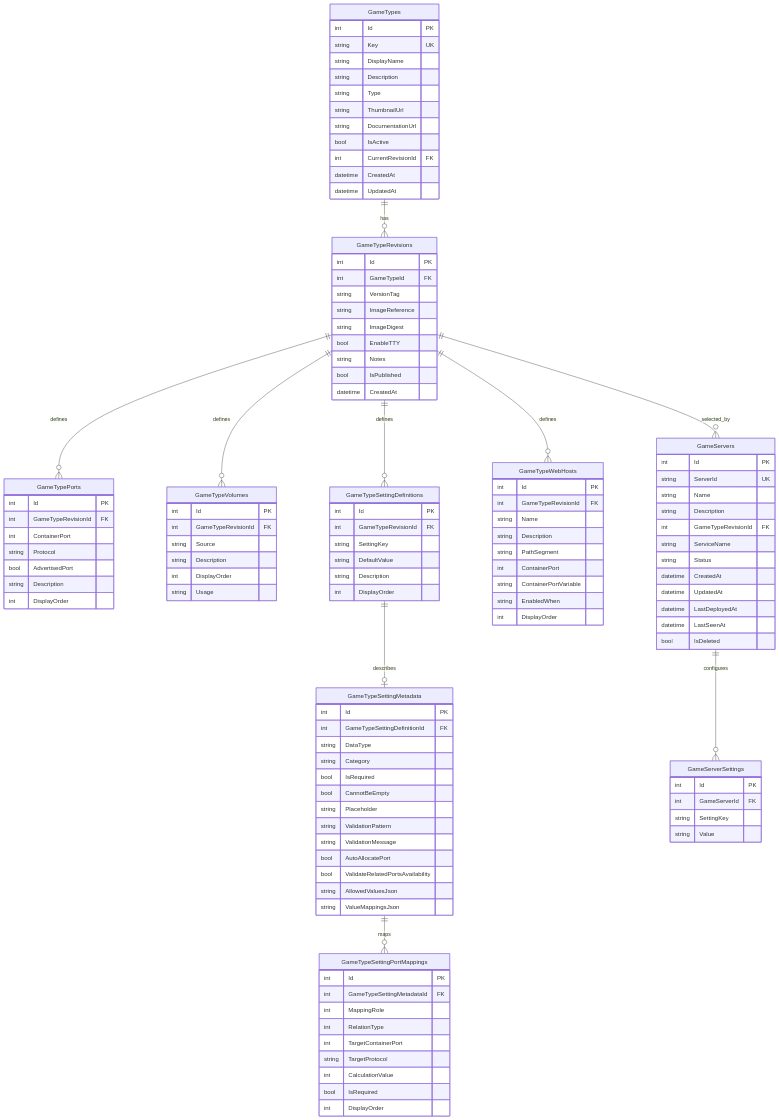
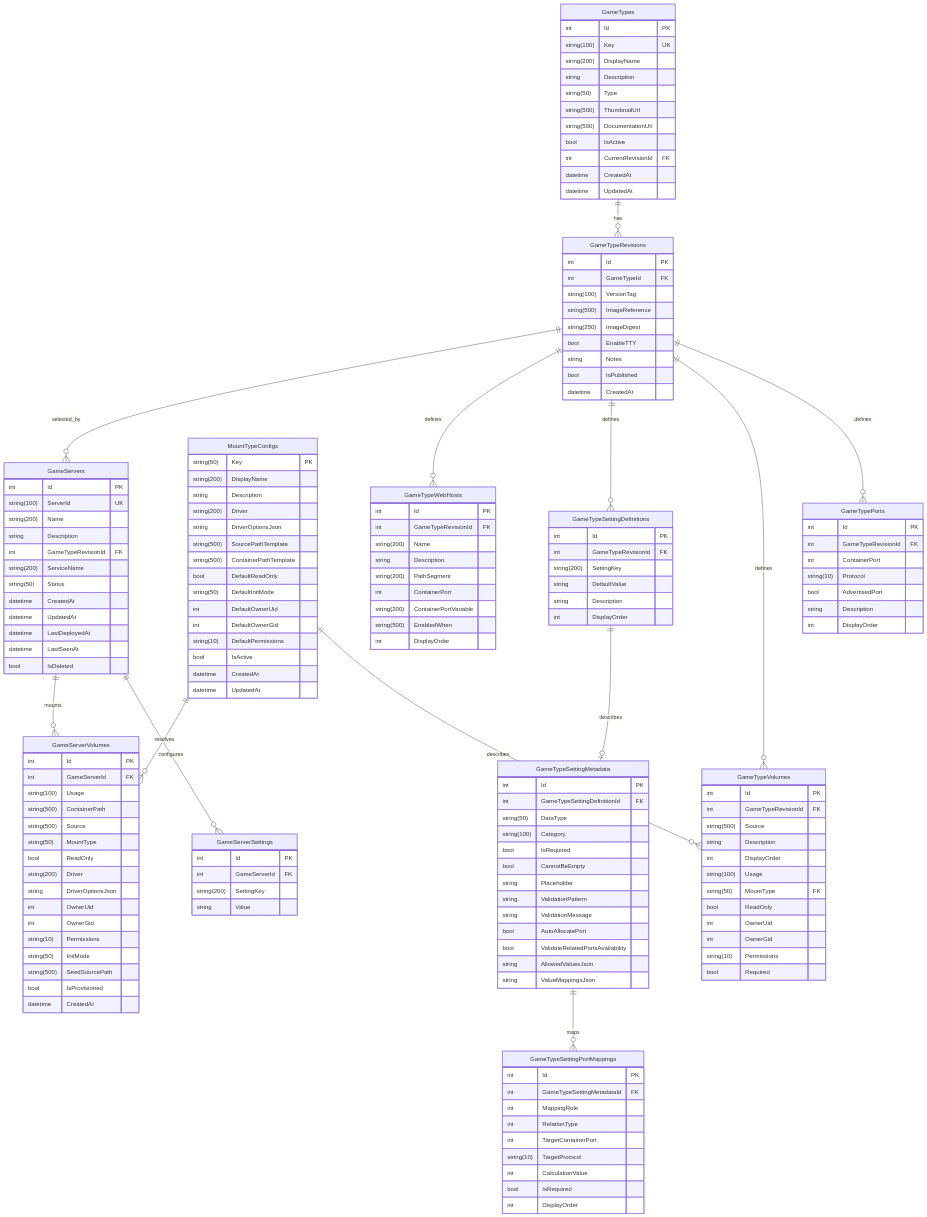
One commit to mbulava-org/GameServer.GUI changed the first of 2 diagrams in docs/reference/V2-Database-Diagram.md. Above: the diagram before and after it, drawn with Mermaid. The commit also changed other lines of this file and 103 other files, not shown here.

````diff
--- a/docs/reference/V2-Database-Diagram.md
+++ b/docs/reference/V2-Database-Diagram.md
@@ -8,12 +8,12 @@
 erDiagram
     GameTypes {
         int Id PK
-        string Key UK
-        string DisplayName
+        string(100) Key UK
+        string(200) DisplayName
         string Description
-        string Type
-        string ThumbnailUrl
-        string DocumentationUrl
+        string(50) Type
+        string(500) ThumbnailUrl
+        string(500) DocumentationUrl
         bool IsActive
         int CurrentRevisionId FK
         datetime CreatedAt
@@ -23,9 +23,9 @@
     GameTypeRevisions {
         int Id PK
         int GameTypeId FK
-        string VersionTag
-        string ImageReference
-        string ImageDigest
+        string(100) VersionTag
+        string(500) ImageReference
+        string(250) ImageDigest
         bool EnableTTY
         string Notes
         bool IsPublished
@@ -36,25 +36,49 @@
         int Id PK
         int GameTypeRevisionId FK
         int ContainerPort
-        string Protocol
+        string(10) Protocol
         bool AdvertisedPort
         string Description
         int DisplayOrder
     }
 
+    MountTypeConfigs {
+        string(50) Key PK
+        string(200) DisplayName
+        string Description
+        string(200) Driver
+        string DriverOptionsJson
+        string(500) SourcePathTemplate
+        string(500) ContainerPathTemplate
+        bool DefaultReadOnly
+        string(50) DefaultInitMode
+        int DefaultOwnerUid
+        int DefaultOwnerGid
+        string(10) DefaultPermissions
+        bool IsActive
+        datetime CreatedAt
+        datetime UpdatedAt
+    }
+
     GameTypeVolumes {
         int Id PK
         int GameTypeRevisionId FK
-        string Source
+        string(500) Source
         string Description
         int DisplayOrder
-        string Usage
+        string(100) Usage
+        string(50) MountType FK
+        bool ReadOnly
+        int OwnerUid
+        int OwnerGid
+        string(10) Permissions
+        bool Required
     }
 
     GameTypeSettingDefinitions {
         int Id PK
         int GameTypeRevisionId FK
-        string SettingKey
+        string(200) SettingKey
         string DefaultValue
         string Description
         int DisplayOrder
@@ -63,8 +87,8 @@
     GameTypeSettingMetadata {
         int Id PK
         int GameTypeSettingDefinitionId FK
-        string DataType
-        string Category
+        string(50) DataType
+        string(100) Category
         bool IsRequired
         bool CannotBeEmpty
         string Placeholder
@@ -82,7 +106,7 @@
         int MappingRole
         int RelationType
         int TargetContainerPort
-        string TargetProtocol
+        string(10) TargetProtocol
         int CalculationValue
         bool IsRequired
         int DisplayOrder
@@ -91,23 +115,23 @@
     GameTypeWebHosts {
         int Id PK
         int GameTypeRevisionId FK
-        string Name
+        string(200) Name
         string Description
-        string PathSegment
+        string(200) PathSegment
         int ContainerPort
-        string ContainerPortVariable
-        string EnabledWhen
+        string(200) ContainerPortVariable
+        string(500) EnabledWhen
         int DisplayOrder
     }
 
     GameServers {
         int Id PK
-        string ServerId UK
-        string Name
+        string(100) ServerId UK
+        string(200) Name
         string Description
         int GameTypeRevisionId FK
-        string ServiceName
-        string Status
+        string(200) ServiceName
+        string(50) Status
         datetime CreatedAt
         datetime UpdatedAt
         datetime LastDeployedAt
@@ -118,9 +142,31 @@
     GameServerSettings {
         int Id PK
         int GameServerId FK
-        string SettingKey
+        string(200) SettingKey
         string Value
     }
+
+    GameServerVolumes {
+        int Id PK
+        int GameServerId FK
+        string(100) Usage
+        string(500) ContainerPath
+        string(500) Source
+        string(50) MountType
+        bool ReadOnly
+        string(200) Driver
+        string DriverOptionsJson
+        int OwnerUid
+        int OwnerGid
+        string(10) Permissions
+        string(50) InitMode
+        string(500) SeedSourcePath
+        bool IsProvisioned
+        datetime CreatedAt
+    }
+
+    MountTypeConfigs ||--o{ GameTypeVolumes : describes
+    MountTypeConfigs ||--o{ GameServerVolumes : resolves
 
     GameTypes ||--o{ GameTypeRevisions : has
     GameTypeRevisions ||--o{ GameTypePorts : defines
@@ -133,5 +179,5 @@
     GameTypeSettingMetadata ||--o{ GameTypeSettingPortMappings : maps
 
     GameServers ||--o{ GameServerSettings : configures
-    
+    GameServers ||--o{ GameServerVolumes : mounts
 ```
````
